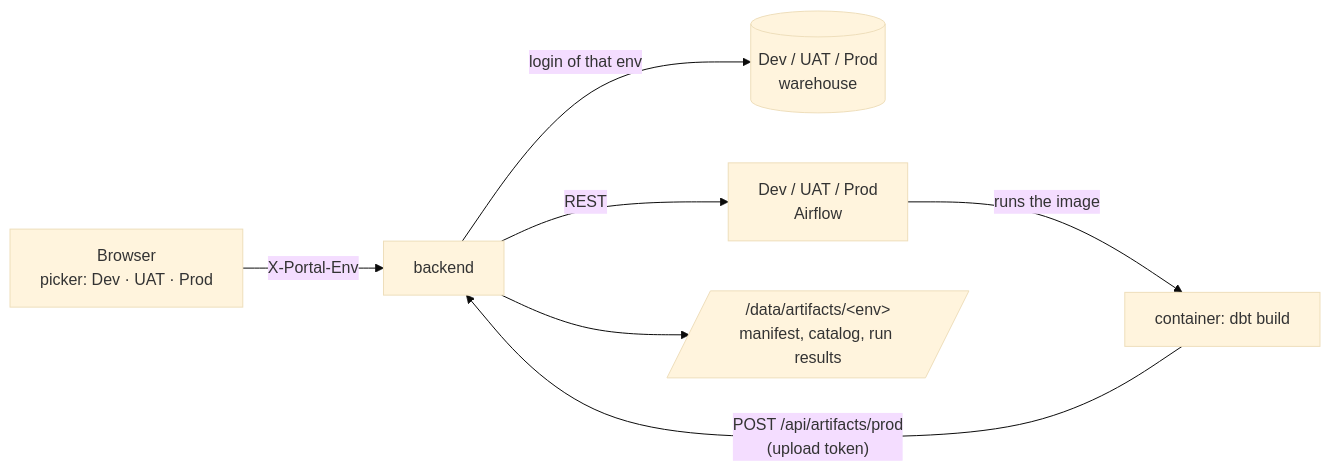
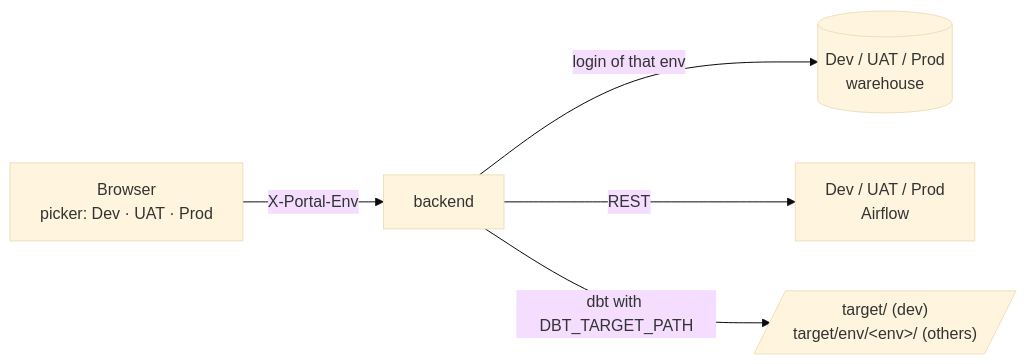
The second of 2 diagrams in docs/ARCHITECTURE.md (omaryehia015/capgemini-dbt-portal-deploy), drawn with Mermaid (base theme) before and after one commit. The commit also changed other lines of this file and 2 other files, not shown here.

````diff
--- a/docs/ARCHITECTURE.md
+++ b/docs/ARCHITECTURE.md
@@ -100,9 +100,7 @@
 ```mermaid
 flowchart LR
   B[Browser<br/>picker: Dev · UAT · Prod] -- "X-Portal-Env" --> A[backend]
   A -- "login of that env" --> W[(Dev / UAT / Prod<br/>warehouse)]
   A -- "REST" --> F[Dev / UAT / Prod<br/>Airflow]
-  F -- "runs the image" --> C[container: dbt build]
-  C -- "POST /api/artifacts/prod<br/>(upload token)" --> A
-  A --> D[/"/data/artifacts/&lt;env&gt;<br/>manifest, catalog, run results"/]
+  A -- "dbt with DBT_TARGET_PATH" --> T[/"target/ (dev)<br/>target/env/&lt;env&gt;/ (others)"/]
 ```
````
